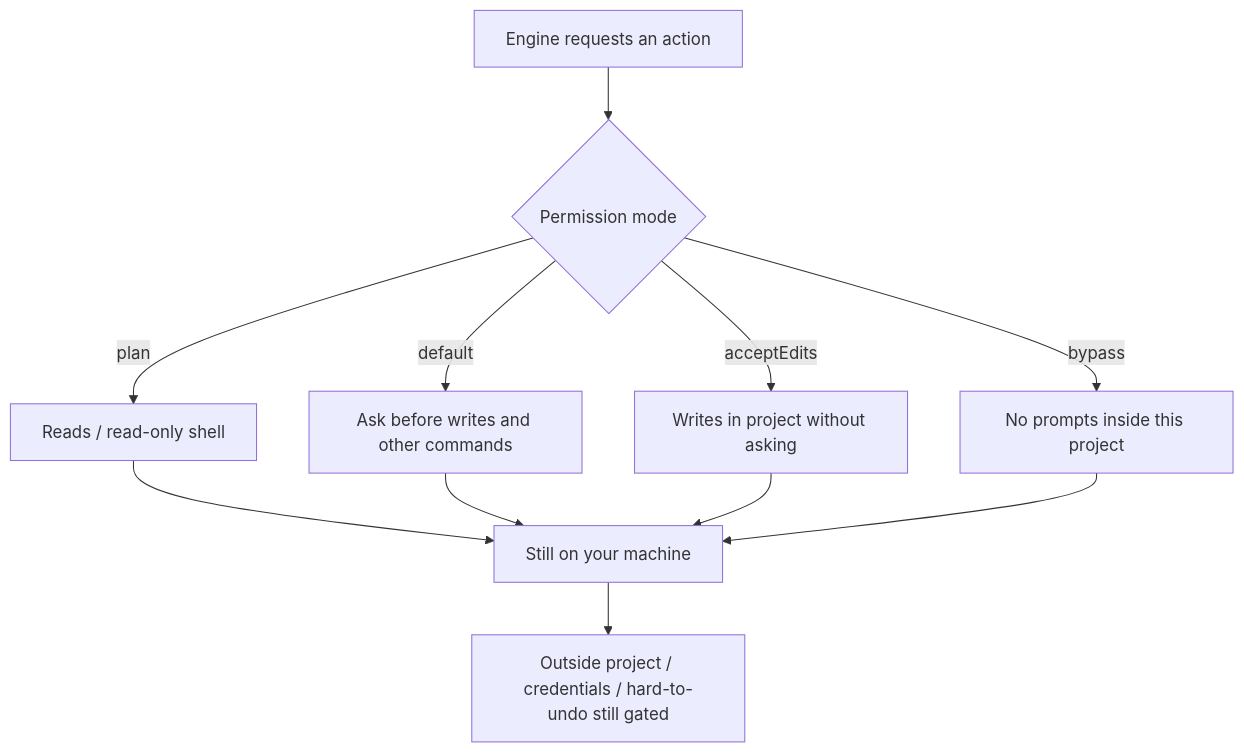
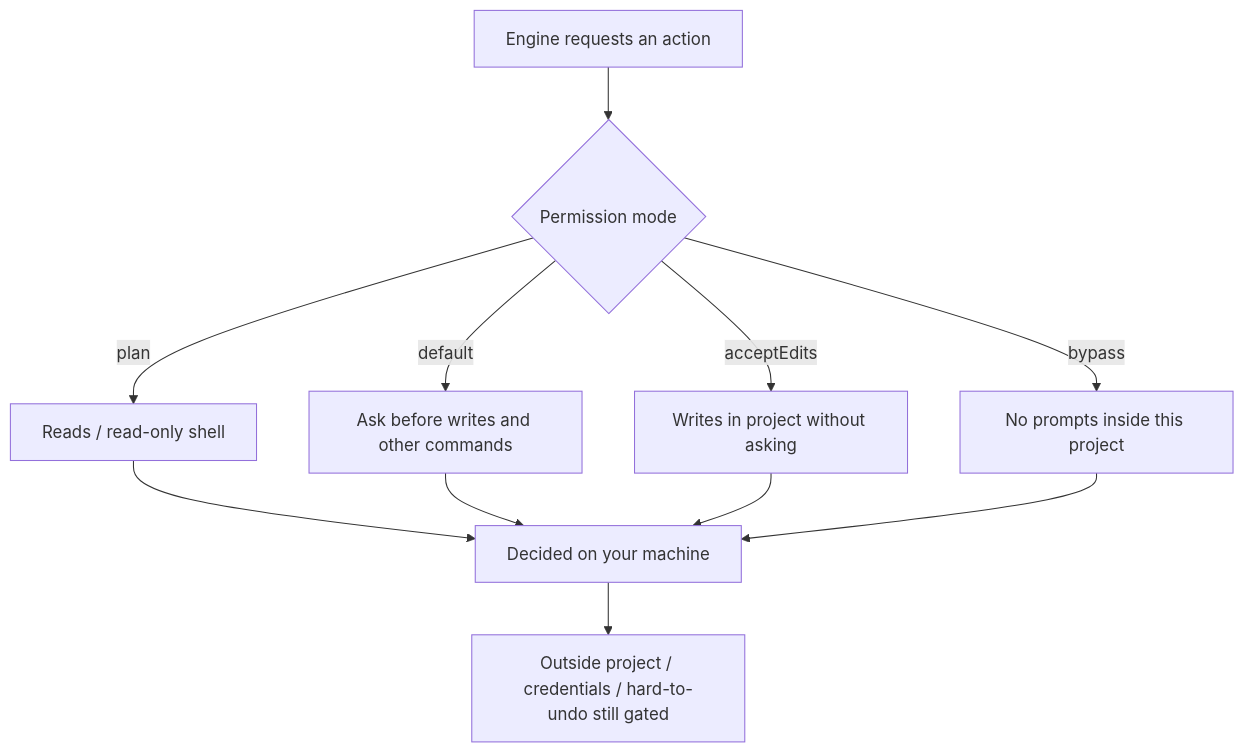
Before and after one commit to Beunec/beunec-site-staging: the second of 2 diagrams in Beunec Docs/rivine agentic engines/rivine-code_cli.md, drawn with Mermaid. The commit also changed other lines of this file and 99 other files, not shown here.

````diff
--- a/Beunec Docs/rivine agentic engines/rivine-code_cli.md
+++ b/Beunec Docs/rivine agentic engines/rivine-code_cli.md
@@ -96,13 +140,13 @@
 ```mermaid
 flowchart TD
     A[Engine requests an action] --> B{Permission mode}
     B -->|plan| C[Reads / read-only shell]
     B -->|default| D[Ask before writes and other commands]
     B -->|acceptEdits| E[Writes in project without asking]
     B -->|bypass| F[No prompts inside this project]
-    C --> G[Still on your machine]
+    C --> G[Decided on your machine]
     D --> G
     E --> G
     F --> G
     G --> H[Outside project / credentials / hard-to-undo still gated]
 ```
````
